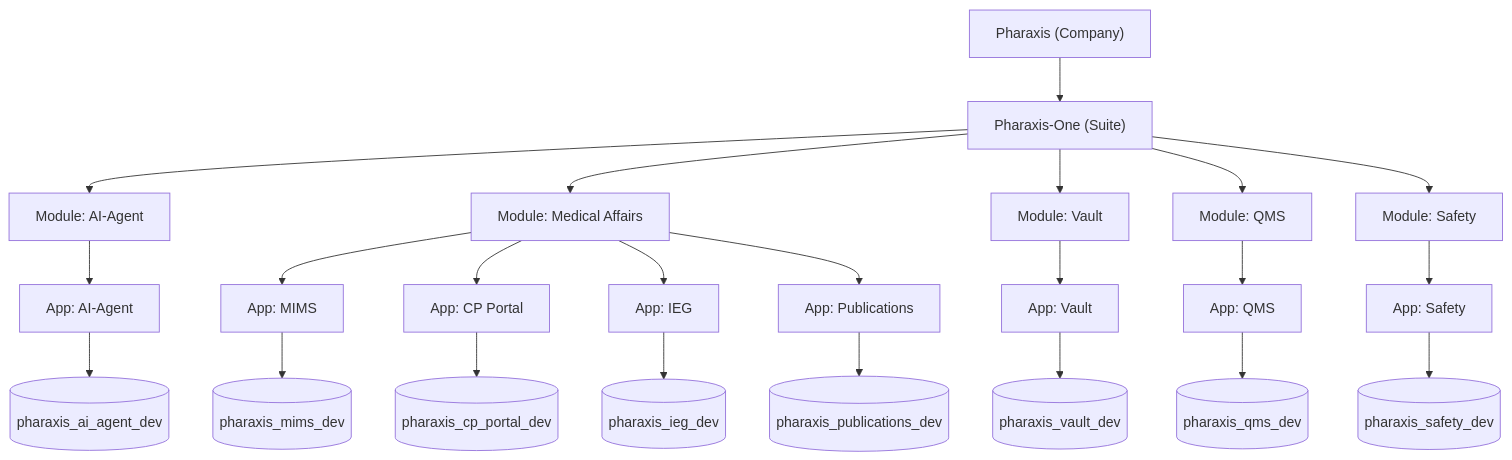
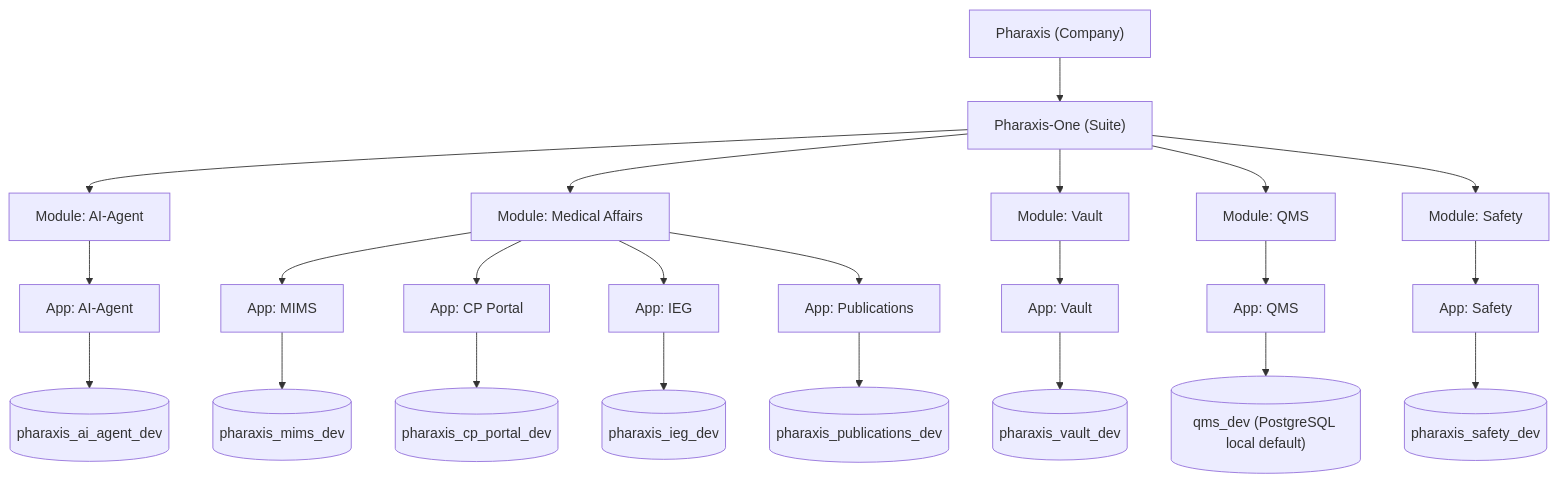
Before and after one commit to RohithKarne/pharaxis-one: the first of 2 diagrams in docs/ARCHITECTURE.md, drawn with Mermaid. The commit also changed other lines of this file and 3 other files, not shown here.

Commit message:
docs: mark qms and safety as implemented and refresh architecture/db docs

````diff
--- a/docs/ARCHITECTURE.md
+++ b/docs/ARCHITECTURE.md
@@ -13,28 +14,28 @@
 ```mermaid
 flowchart TB
   PH["Pharaxis (Company)"] --> SU["Pharaxis-One (Suite)"]
 
   SU --> MODAI["Module: AI-Agent"]
   SU --> MODMA["Module: Medical Affairs"]
   SU --> MODV["Module: Vault"]
   SU --> MODQ["Module: QMS"]
   SU --> MODS["Module: Safety"]
 
   MODAI --> APPAI["App: AI-Agent"]
   MODMA --> APPMIMS["App: MIMS"]
   MODMA --> APPCP["App: CP Portal"]
   MODMA --> APPIEG["App: IEG"]
   MODMA --> APPPUB["App: Publications"]
   MODV --> APPV["App: Vault"]
   MODQ --> APPQ["App: QMS"]
   MODS --> APPS["App: Safety"]
 
   APPAI --> DBAI[("pharaxis_ai_agent_dev")]
   APPMIMS --> DBMIMS[("pharaxis_mims_dev")]
   APPCP --> DBCP[("pharaxis_cp_portal_dev")]
   APPIEG --> DBIEG[("pharaxis_ieg_dev")]
   APPPUB --> DBPUB[("pharaxis_publications_dev")]
   APPV --> DBV[("pharaxis_vault_dev")]
-  APPQ --> DBQ[("pharaxis_qms_dev")]
+  APPQ --> DBQ[("qms_dev (PostgreSQL local default)")]
   APPS --> DBS[("pharaxis_safety_dev")]
 ```
````
